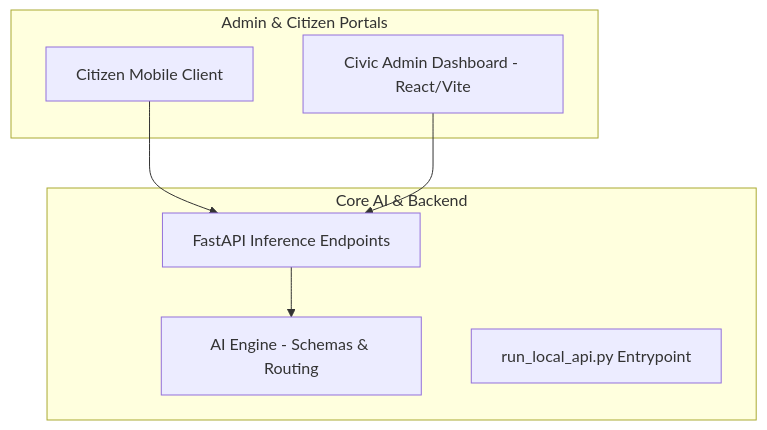
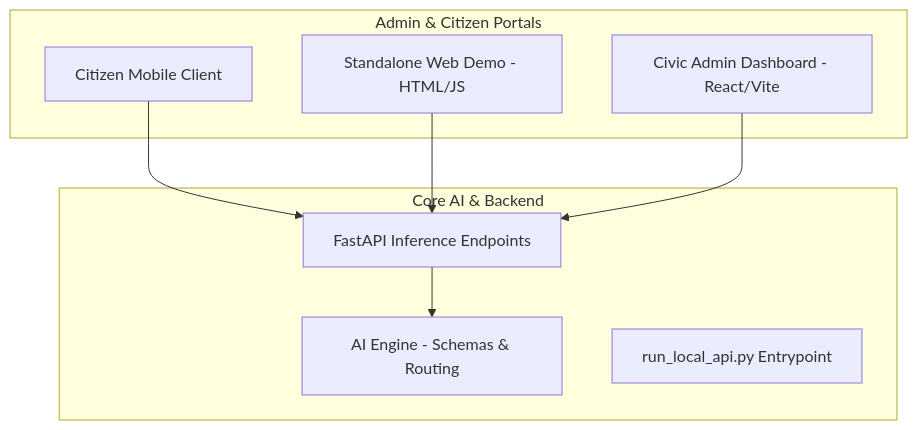
Before and after one commit to kuleaniruddha/B2B_altf4: the diagram in README.md, drawn with Mermaid. The commit also changed other lines of this file and 4 other files, not shown here.

````diff
--- a/README.md
+++ b/README.md
@@ -14,17 +15,19 @@
 ```mermaid
 graph TD
     subgraph "Core AI & Backend"
         AI[AI Engine - Schemas & Routing]
         API[FastAPI Inference Endpoints]
         Runner[run_local_api.py Entrypoint]
     end
 
     subgraph "Admin & Citizen Portals"
         Admin[Civic Admin Dashboard - React/Vite]
+        Demo[Standalone Web Demo - HTML/JS]
         Citizen[Citizen Mobile Client]
     end
 
     Citizen --> API
+    Demo --> API
     API --> AI
     Admin --> API
 ```
````
